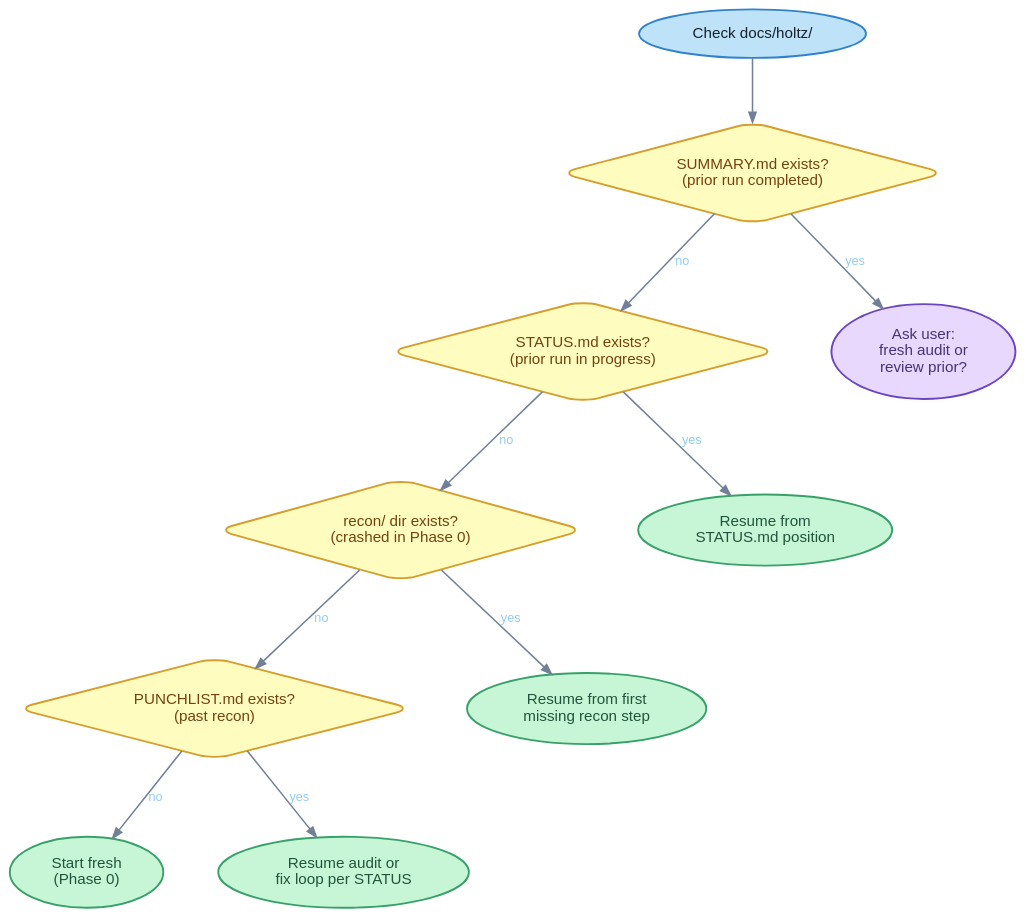
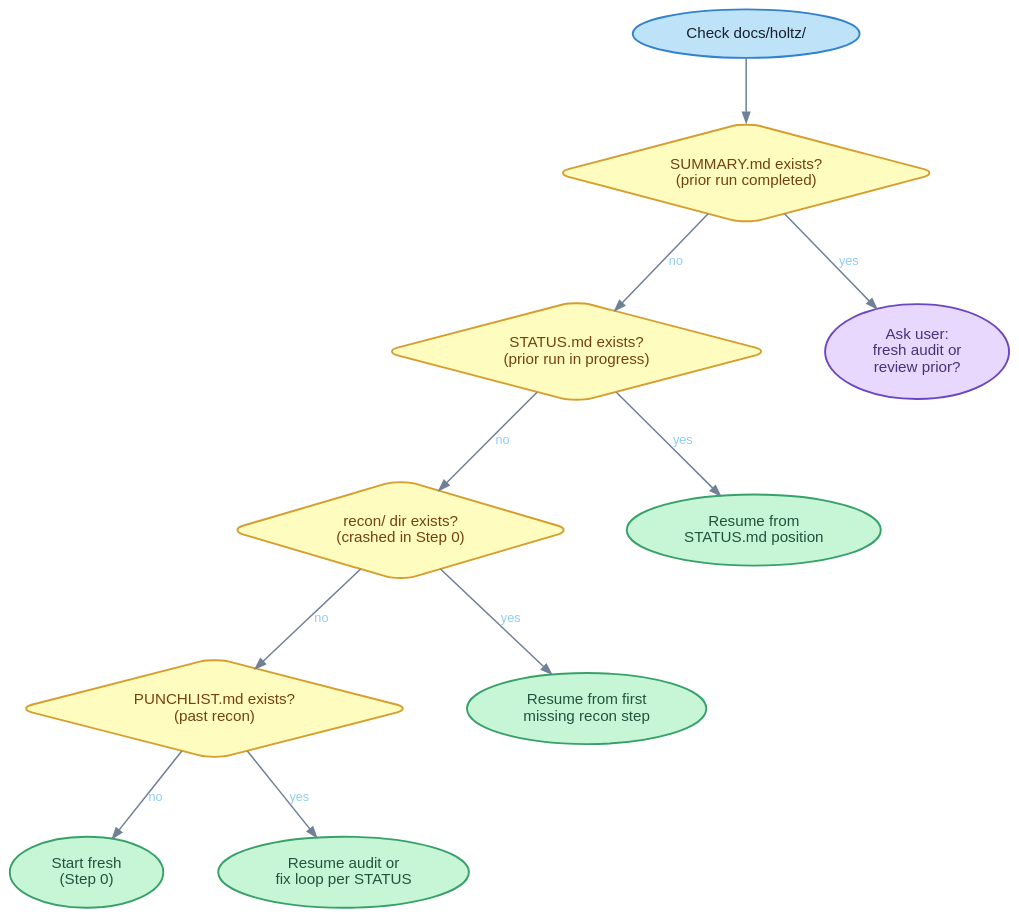
The diagram in docs/diagrams/resume-lifecycle.dot (jbrjake/holtz), drawn with Graphviz before and after one commit. The commit also changed 8 other files, not shown here.

First line of the commit message:
feat: update diagram .dot files to step numbering and re-render SVGs

```diff
--- a/docs/diagrams/resume-lifecycle.dot
+++ b/docs/diagrams/resume-lifecycle.dot
@@ -1,101 +1,101 @@
 digraph {
   rankdir=TB
   bgcolor="transparent"
   pad=0.4
   nodesep=0.6
   ranksep=0.7
 
   node [
     fontname="Helvetica"
     fontsize=12
     style="filled,rounded"
     fillcolor="#f0f4f8"
     color="#4a5568"
     fontcolor="#1a202c"
     penwidth=1.5
     margin="0.15,0.1"
   ]
 
   edge [
     fontname="Helvetica"
     fontsize=10
     fontcolor="#90cdf4"
     color="#718096"
     penwidth=1.2
     arrowsize=0.8
   ]
 
   check [
     label="Check docs/holtz/"
     fillcolor="#bee3f8"
     color="#3182ce"
   ]
   summary [
     label="SUMMARY.md exists?\n(prior run completed)"
     shape=diamond
     fillcolor="#fefcbf"
     color="#d69e2e"
     fontcolor="#744210"
   ]
   status [
     label="STATUS.md exists?\n(prior run in progress)"
     shape=diamond
     fillcolor="#fefcbf"
     color="#d69e2e"
     fontcolor="#744210"
   ]
   recon [
-    label="recon/ dir exists?\n(crashed in Phase 0)"
+    label="recon/ dir exists?\n(crashed in Step 0)"
     shape=diamond
     fillcolor="#fefcbf"
     color="#d69e2e"
     fontcolor="#744210"
   ]
   punchlist [
     label="PUNCHLIST.md exists?\n(past recon)"
     shape=diamond
     fillcolor="#fefcbf"
     color="#d69e2e"
     fontcolor="#744210"
   ]
   fresh [
-    label="Start fresh\n(Phase 0)"
+    label="Start fresh\n(Step 0)"
     fillcolor="#c6f6d5"
     color="#38a169"
     fontcolor="#22543d"
   ]
   resume_status [
     label="Resume from\nSTATUS.md position"
     fillcolor="#c6f6d5"
     color="#38a169"
     fontcolor="#22543d"
   ]
   resume_recon [
     label="Resume from first\nmissing recon step"
     fillcolor="#c6f6d5"
     color="#38a169"
     fontcolor="#22543d"
   ]
   resume_audit [
     label="Resume audit or\nfix loop per STATUS"
     fillcolor="#c6f6d5"
     color="#38a169"
     fontcolor="#22543d"
   ]
   ask [
     label="Ask user:\nfresh audit or\nreview prior?"
     fillcolor="#e9d8fd"
     color="#6b46c1"
     fontcolor="#44337a"
   ]
 
   check -> summary
   summary -> ask [label="yes"]
   summary -> status [label="no"]
   status -> resume_status [label="yes"]
   status -> recon [label="no"]
   recon -> resume_recon [label="yes"]
   recon -> punchlist [label="no"]
   punchlist -> resume_audit [label="yes"]
   punchlist -> fresh [label="no"]
 }
```
